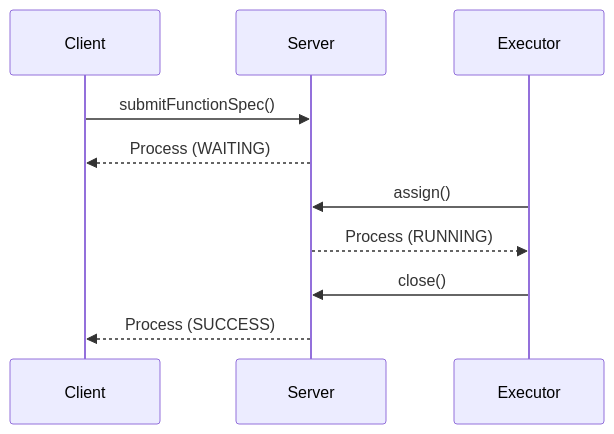
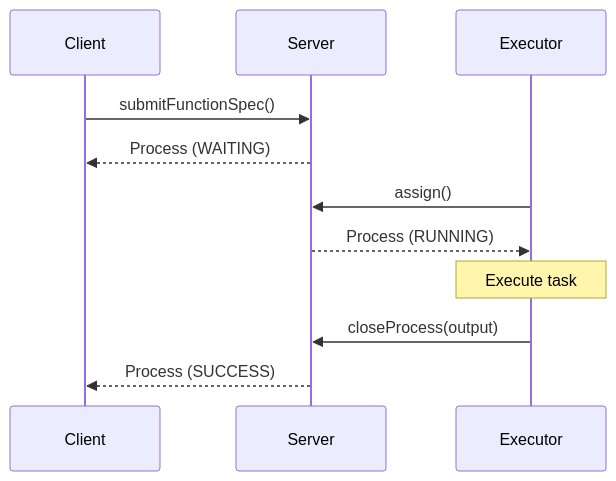
Before and after one commit to colonyos/colonies-ts: the first of 3 diagrams in README.md, drawn with Mermaid. The commit also changed other lines of this file, not shown here.

````diff
--- a/README.md
+++ b/README.md
@@ -12,15 +24,17 @@
 ```mermaid
 sequenceDiagram
     participant Client
     participant Server
     participant Executor
 
     Client->>Server: submitFunctionSpec()
     Server-->>Client: Process (WAITING)
 
     Executor->>Server: assign()
     Server-->>Executor: Process (RUNNING)
 
-    Executor->>Server: close()
+    Note over Executor: Execute task
+
+    Executor->>Server: closeProcess(output)
     Server-->>Client: Process (SUCCESS)
 ```
````
